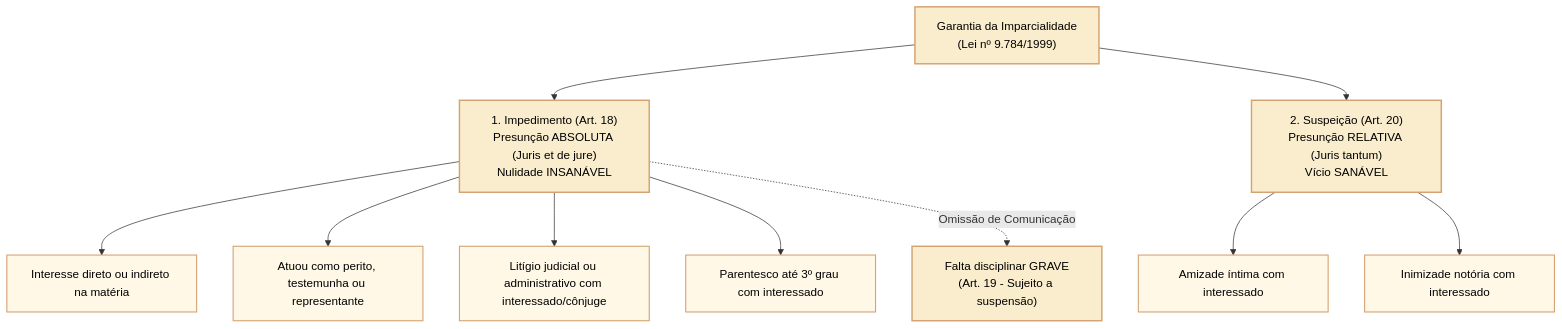
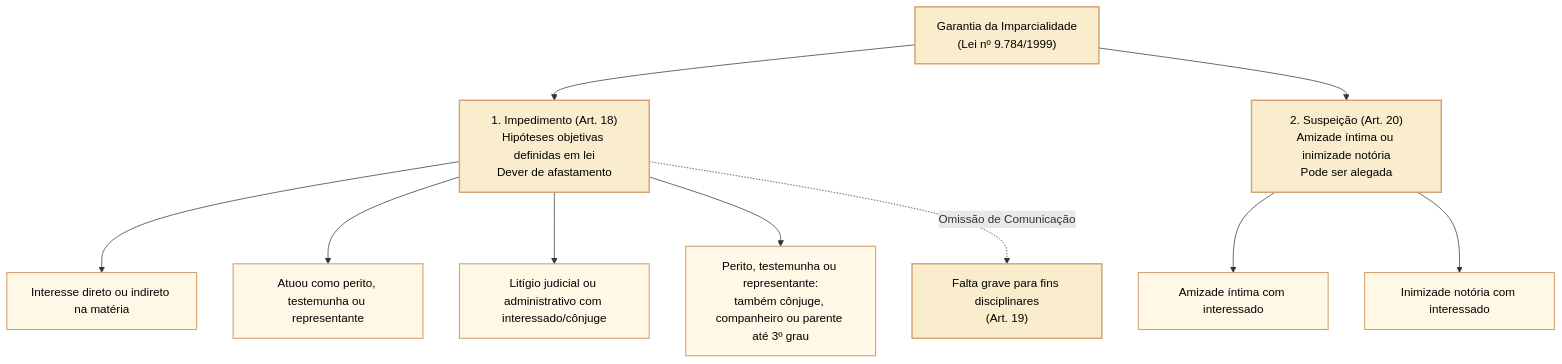
Before and after one commit to leorruas/concursos: the first of 4 diagrams in 3 - Materias/Direito Administrativo/26 - lei 9784 impedimento suspeicao motivacao e recursos.md, drawn with Mermaid. The commit also changed other lines of this file, not shown here.

Commit message:
docs(camara): explicar Lei 9784 em linguagem simples e corrigir art 50

````diff
--- a/3 - Materias/Direito Administrativo/26 - lei 9784 impedimento suspeicao motivacao e recursos.md
+++ b/3 - Materias/Direito Administrativo/26 - lei 9784 impedimento suspeicao motivacao e recursos.md
@@ -34,21 +35,21 @@
 ```mermaid
 flowchart TD
     classDef raiz fill:#faedcd,stroke:#d4a373,stroke-width:2px,color:#000000;
     classDef criterio fill:#faedcd,stroke:#d4a373,stroke-width:2px,color:#000000;
     classDef opcao fill:#fff8e7,stroke:#d4a373,stroke-width:1.5px,color:#000000;
 
     IMP["Garantia da Imparcialidade<br>(Lei nº 9.784/1999)"]:::raiz
     
-    IMP --> IMPED["1. Impedimento (Art. 18)<br>Presunção ABSOLUTA (Juris et de jure)<br>Nulidade INSANÁVEL"]:::criterio
-    IMP --> SUSP["2. Suspeição (Art. 20)<br>Presunção RELATIVA (Juris tantum)<br>Vício SANÁVEL"]:::criterio
+    IMP --> IMPED["1. Impedimento (Art. 18)<br>Hipóteses objetivas definidas em lei<br>Dever de afastamento"]:::criterio
+    IMP --> SUSP["2. Suspeição (Art. 20)<br>Amizade íntima ou inimizade notória<br>Pode ser alegada"]:::criterio
     
     IMPED --> I1["Interesse direto ou indireto na matéria"]:::opcao
     IMPED --> I2["Atuou como perito, testemunha ou representante"]:::opcao
     IMPED --> I3["Litígio judicial ou administrativo com interessado/cônjuge"]:::opcao
-    IMPED --> I4["Parentesco até 3º grau com interessado"]:::opcao
+    IMPED --> I4["Perito, testemunha ou representante:<br>também cônjuge, companheiro ou parente até 3º grau"]:::opcao
     
     SUSP --> S1["Amizade íntima com interessado"]:::opcao
     SUSP --> S2["Inimizade notória com interessado"]:::opcao
     
-    IMPED -. "Omissão de Comunicação" .-> FALTA["Falta disciplinar GRAVE<br>(Art. 19 - Sujeito a suspensão)"]:::raiz
+    IMPED -. "Omissão de Comunicação" .-> FALTA["Falta grave para fins disciplinares<br>(Art. 19)"]:::raiz
 ```
````
